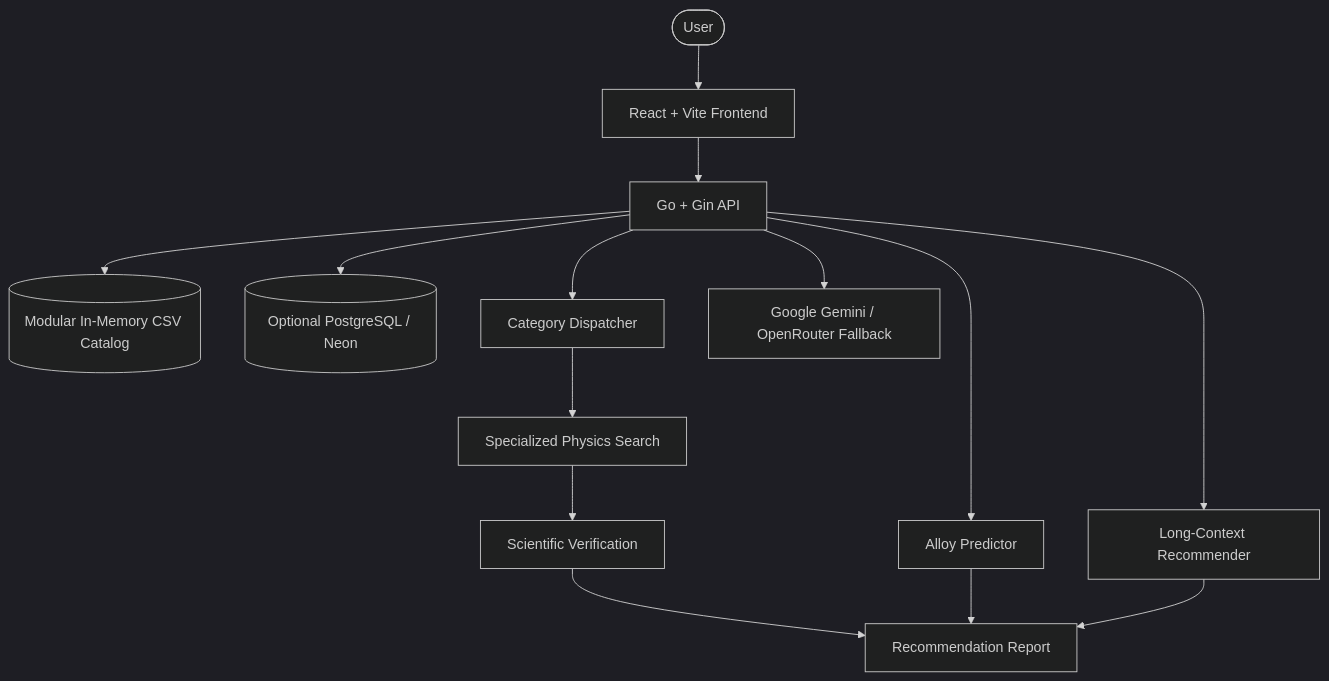
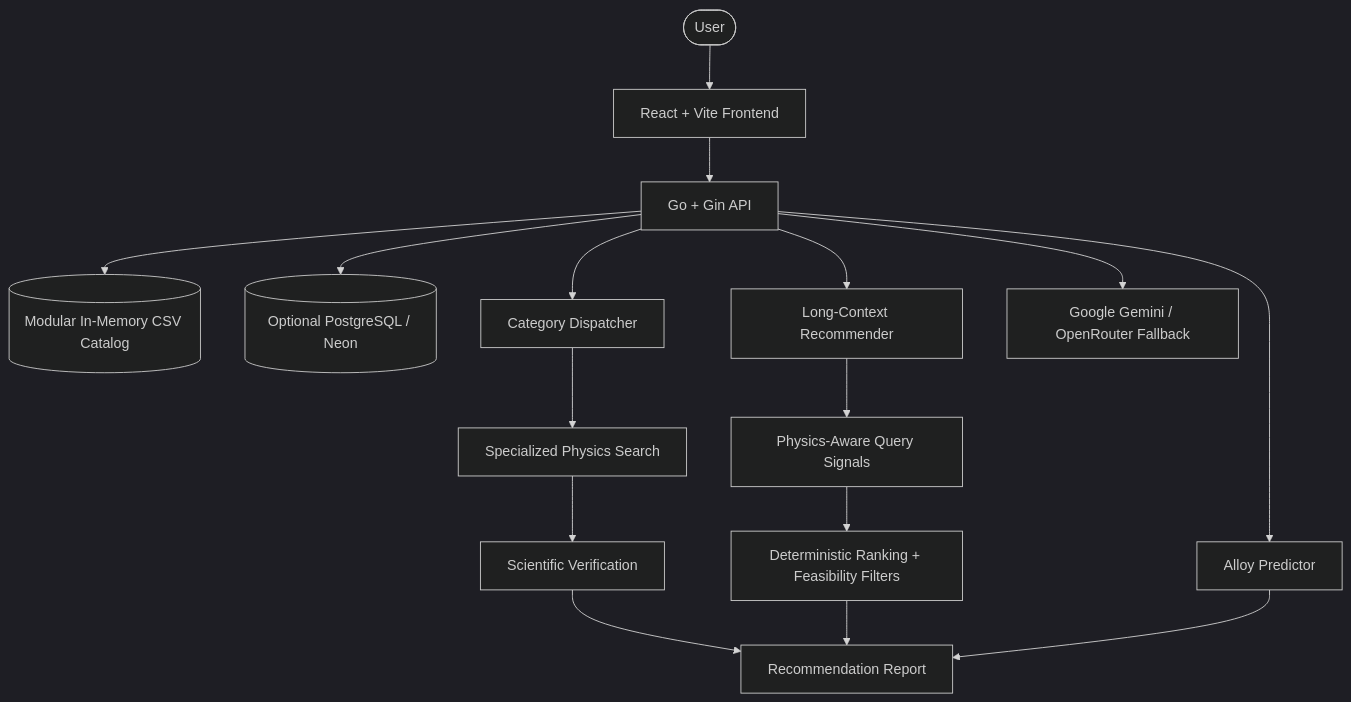
The diagram in README.md (VivekWar/met-quest3), drawn with Mermaid (dark theme) before and after one commit. The commit also changed other lines of this file and 2 other files, not shown here.

````diff
--- a/README.md
+++ b/README.md
@@ -33,16 +35,18 @@
 ```mermaid
 graph TD
     User([User]) --> Frontend[React + Vite Frontend]
     Frontend --> API[Go + Gin API]
     API --> CSV[(Modular In-Memory CSV Catalog)]
     API --> PG[(Optional PostgreSQL / Neon)]
     API --> Legacy[Long-Context Recommender]
+    Legacy --> Signals[Physics-Aware Query Signals]
+    Signals --> Fallbacks[Deterministic Ranking + Feasibility Filters]
     API --> Dispatcher[Category Dispatcher]
     Dispatcher --> Search[Specialized Physics Search]
     Search --> Analysis[Scientific Verification]
     API --> Predictor[Alloy Predictor]
     API --> LLM[Google Gemini / OpenRouter Fallback]
     Analysis --> Response[Recommendation Report]
+    Fallbacks --> Response
     Predictor --> Response
-    Legacy --> Response
 ```
````
